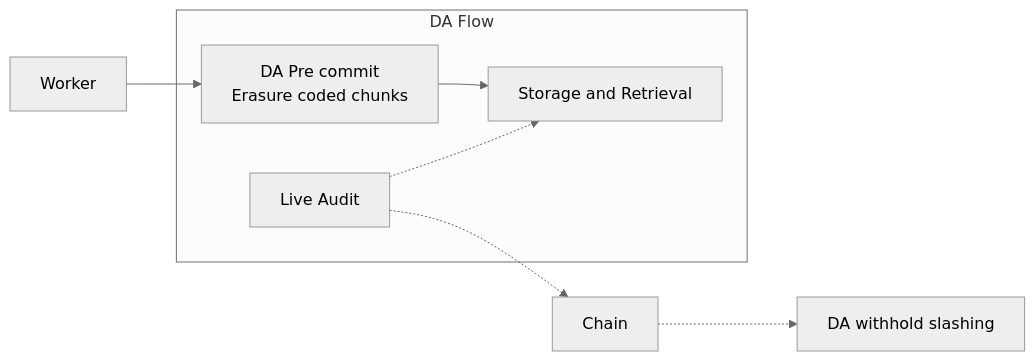
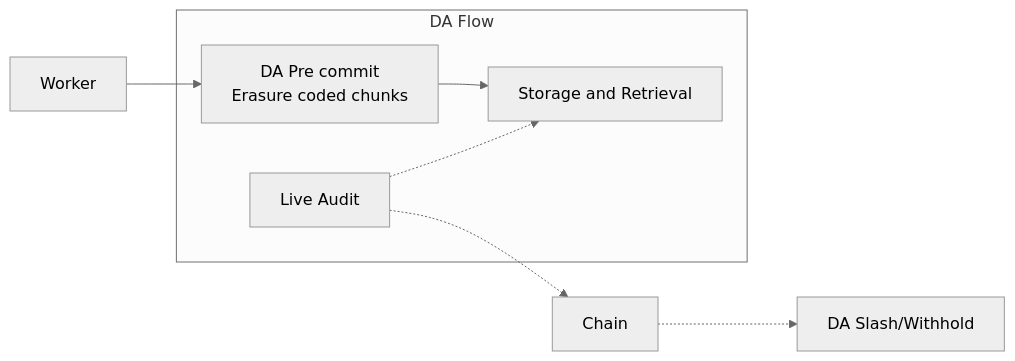
One commit to axionaxprotocol/axionax-monolith changed the sixth of 9 diagrams in apps/web/apps/docs/ARCHITECTURE.md. Above: the diagram before and after it, drawn with Mermaid (neutral theme). The commit also changed other lines of this file and 35 other files, not shown here.

````diff
--- a/apps/web/apps/docs/ARCHITECTURE.md
+++ b/apps/web/apps/docs/ARCHITECTURE.md
@@ -219,13 +226,13 @@
 ```mermaid
 flowchart LR
     subgraph DAFlow["DA Flow"]
         Pre["DA Pre commit<br/>Erasure coded chunks"]
         Store["Storage and Retrieval"]
         Audit["Live Audit"]
     end
 
     W["Worker"] --> Pre --> Store
     Audit -.-> Store
     Audit -.-> Chain["Chain"]
-    Chain -.-> Pen["DA withhold slashing"]
+    Chain -.-> Pen["DA Slash/Withhold"]
 ```
````
